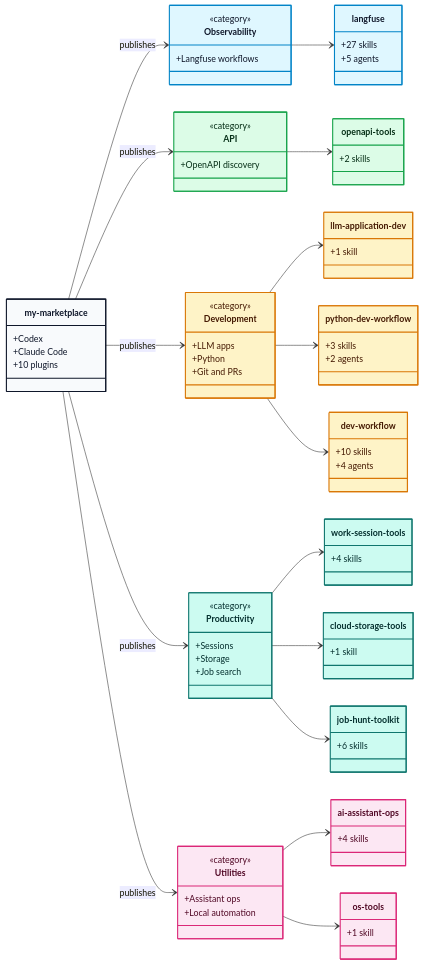
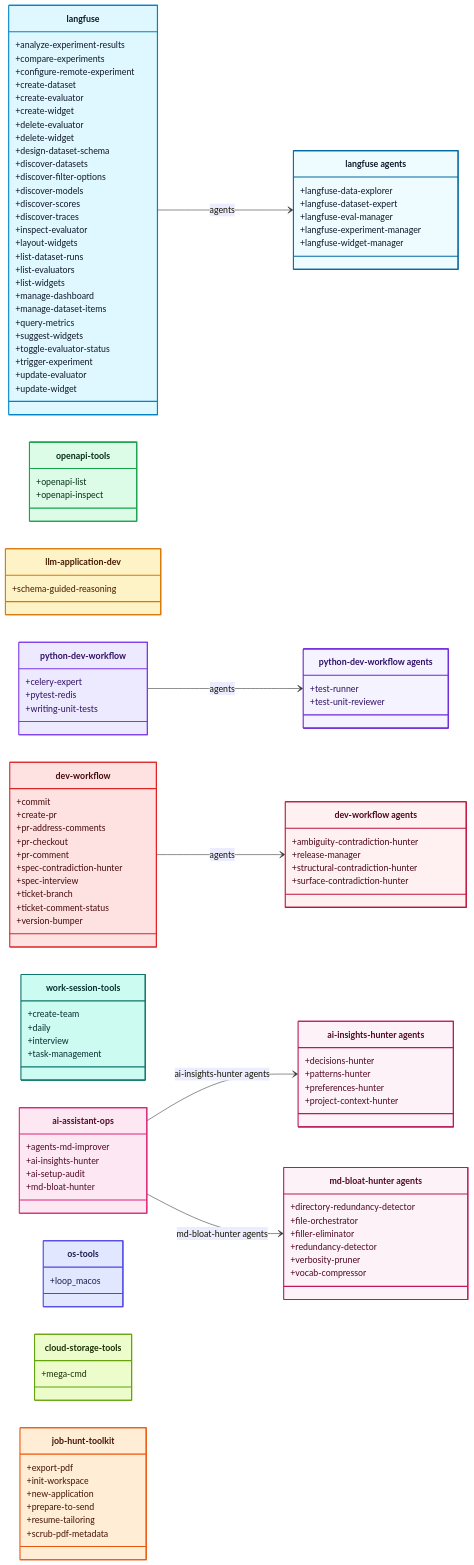
Before and after one commit to Alex-Kopylov/zweihander: the diagram in README.md, drawn with Mermaid. The commit also changed other lines of this file, not shown here.

Commit message:
docs: refine readme plugin catalog

````diff
--- a/README.md
+++ b/README.md
@@ -83,93 +83,144 @@
 classDiagram
 direction LR
 
-class Marketplace["my-marketplace"]:::marketplace {
-  +Codex
-  +Claude Code
-  +10 plugins
+class Langfuse["langfuse"]:::langfuse {
+  +analyze-experiment-results
+  +compare-experiments
+  +configure-remote-experiment
+  +create-dataset
+  +create-evaluator
+  +create-widget
+  +delete-evaluator
+  +delete-widget
+  +design-dataset-schema
+  +discover-datasets
+  +discover-filter-options
+  +discover-models
+  +discover-scores
+  +discover-traces
+  +inspect-evaluator
+  +layout-widgets
+  +list-dataset-runs
+  +list-evaluators
+  +list-widgets
+  +manage-dashboard
+  +manage-dataset-items
+  +query-metrics
+  +suggest-widgets
+  +toggle-evaluator-status
+  +trigger-experiment
+  +update-evaluator
+  +update-widget
+}
+class LangfuseAgents["langfuse agents"]:::langfuseAgents {
+  +langfuse-data-explorer
+  +langfuse-dataset-expert
+  +langfuse-eval-manager
+  +langfuse-experiment-manager
+  +langfuse-widget-manager
 }
 
-class Observability:::observability {
-  <<category>>
-  +Langfuse workflows
-}
-class API:::api {
-  <<category>>
-  +OpenAPI discovery
-}
-class Development:::development {
-  <<category>>
-  +LLM apps
-  +Python
-  +Git and PRs
-}
-class Productivity:::productivity {
-  <<category>>
-  +Sessions
-  +Storage
-  +Job search
-}
-class Utilities:::utilities {
-  <<category>>
-  +Assistant ops
-  +Local automation
+class OpenAPITools["openapi-tools"]:::openapi {
+  +openapi-list
+  +openapi-inspect
 }
 
-class Langfuse["langfuse"]:::observability {
-  +27 skills
-  +5 agents
-}
-class OpenAPITools["openapi-tools"]:::api {
-  +2 skills
-}
-class LLMApplicationDev["llm-application-dev"]:::development {
-  +1 skill
-}
-class PythonDevWorkflow["python-dev-workflow"]:::development {
-  +3 skills
-  +2 agents
-}
-class DevWorkflow["dev-workflow"]:::development {
-  +10 skills
-  +4 agents
-}
-class WorkSessionTools["work-session-tools"]:::productivity {
-  +4 skills
-}
-class CloudStorageTools["cloud-storage-tools"]:::productivity {
-  +1 skill
-}
-class JobHuntToolkit["job-hunt-toolkit"]:::productivity {
-  +6 skills
-}
-class AIAssistantOps["ai-assistant-ops"]:::utilities {
-  +4 skills
-}
-class OSTools["os-tools"]:::utilities {
-  +1 skill
+class LLMApplicationDev["llm-application-dev"]:::llm {
+  +schema-guided-reasoning
 }
 
-Marketplace --> Observability : publishes
-Marketplace --> API : publishes
-Marketplace --> Development : publishes
-Marketplace --> Productivity : publishes
-Marketplace --> Utilities : publishes
+class PythonDevWorkflow["python-dev-workflow"]:::python {
+  +celery-expert
+  +pytest-redis
+  +writing-unit-tests
+}
+class PythonDevWorkflowAgents["python-dev-workflow agents"]:::pythonAgents {
+  +test-runner
+  +test-unit-reviewer
+}
 
-Observability --> Langfuse
-API --> OpenAPITools
-Development --> LLMApplicationDev
-Development --> PythonDevWorkflow
-Development --> DevWorkflow
-Productivity --> WorkSessionTools
-Productivity --> CloudStorageTools
-Productivity --> JobHuntToolkit
-Utilities --> AIAssistantOps
-Utilities --> OSTools
+class DevWorkflow["dev-workflow"]:::dev {
+  +commit
+  +create-pr
+  +pr-address-comments
+  +pr-checkout
+  +pr-comment
+  +spec-contradiction-hunter
+  +spec-interview
+  +ticket-branch
+  +ticket-comment-status
+  +version-bumper
+}
+class DevWorkflowAgents["dev-workflow agents"]:::devAgents {
+  +ambiguity-contradiction-hunter
+  +release-manager
+  +structural-contradiction-hunter
+  +surface-contradiction-hunter
+}
 
-classDef marketplace fill:#f8fafc,stroke:#0f172a,stroke-width:2px,color:#0f172a;
-classDef observability fill:#dff7ff,stroke:#0284c7,stroke-width:2px,color:#0f172a;
-classDef api fill:#dcfce7,stroke:#16a34a,stroke-width:2px,color:#052e16;
-classDef development fill:#fef3c7,stroke:#d97706,stroke-width:2px,color:#451a03;
-classDef productivity fill:#ccfbf1,stroke:#0f766e,stroke-width:2px,color:#042f2e;
-classDef utilities fill:#fce7f3,stroke:#db2777,stroke-width:2px,color:#500724;
+class WorkSessionTools["work-session-tools"]:::session {
+  +create-team
+  +daily
+  +interview
+  +task-management
+}
+
+class AIAssistantOps["ai-assistant-ops"]:::ops {
+  +agents-md-improver
+  +ai-insights-hunter
+  +ai-setup-audit
+  +md-bloat-hunter
+}
+class AIInsightsHunterAgents["ai-insights-hunter agents"]:::opsAgents {
+  +decisions-hunter
+  +patterns-hunter
+  +preferences-hunter
+  +project-context-hunter
+}
+class MDBloatHunterAgents["md-bloat-hunter agents"]:::opsAgents {
+  +directory-redundancy-detector
+  +file-orchestrator
+  +filler-eliminator
+  +redundancy-detector
+  +verbosity-pruner
+  +vocab-compressor
+}
+
+class OSTools["os-tools"]:::os {
+  +loop_macos
+}
+
+class CloudStorageTools["cloud-storage-tools"]:::storage {
+  +mega-cmd
+}
+
+class JobHuntToolkit["job-hunt-toolkit"]:::job {
+  +export-pdf
+  +init-workspace
+  +new-application
+  +prepare-to-send
+  +resume-tailoring
+  +scrub-pdf-metadata
+}
+
+Langfuse --> LangfuseAgents : agents
+PythonDevWorkflow --> PythonDevWorkflowAgents : agents
+DevWorkflow --> DevWorkflowAgents : agents
+AIAssistantOps --> AIInsightsHunterAgents : ai-insights-hunter agents
+AIAssistantOps --> MDBloatHunterAgents : md-bloat-hunter agents
+
+classDef langfuse fill:#dff7ff,stroke:#0284c7,stroke-width:2px,color:#0f172a;
+classDef langfuseAgents fill:#eefbff,stroke:#0369a1,stroke-width:2px,color:#0f172a;
+classDef openapi fill:#dcfce7,stroke:#16a34a,stroke-width:2px,color:#052e16;
+classDef llm fill:#fef3c7,stroke:#d97706,stroke-width:2px,color:#451a03;
+classDef python fill:#ede9fe,stroke:#7c3aed,stroke-width:2px,color:#2e1065;
+classDef pythonAgents fill:#f5f3ff,stroke:#6d28d9,stroke-width:2px,color:#2e1065;
+classDef dev fill:#fee2e2,stroke:#dc2626,stroke-width:2px,color:#450a0a;
+classDef devAgents fill:#fff1f2,stroke:#be123c,stroke-width:2px,color:#4c0519;
+classDef session fill:#ccfbf1,stroke:#0f766e,stroke-width:2px,color:#042f2e;
+classDef ops fill:#fce7f3,stroke:#db2777,stroke-width:2px,color:#500724;
+classDef opsAgents fill:#fdf2f8,stroke:#be185d,stroke-width:2px,color:#500724;
+classDef os fill:#e0e7ff,stroke:#4f46e5,stroke-width:2px,color:#1e1b4b;
+classDef storage fill:#ecfccb,stroke:#65a30d,stroke-width:2px,color:#1a2e05;
+classDef job fill:#ffedd5,stroke:#ea580c,stroke-width:2px,color:#431407;
 ```
````
